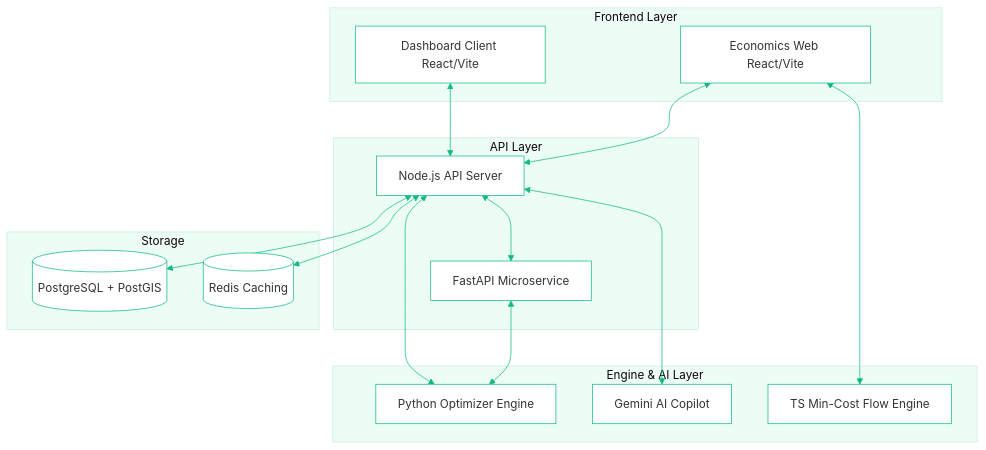
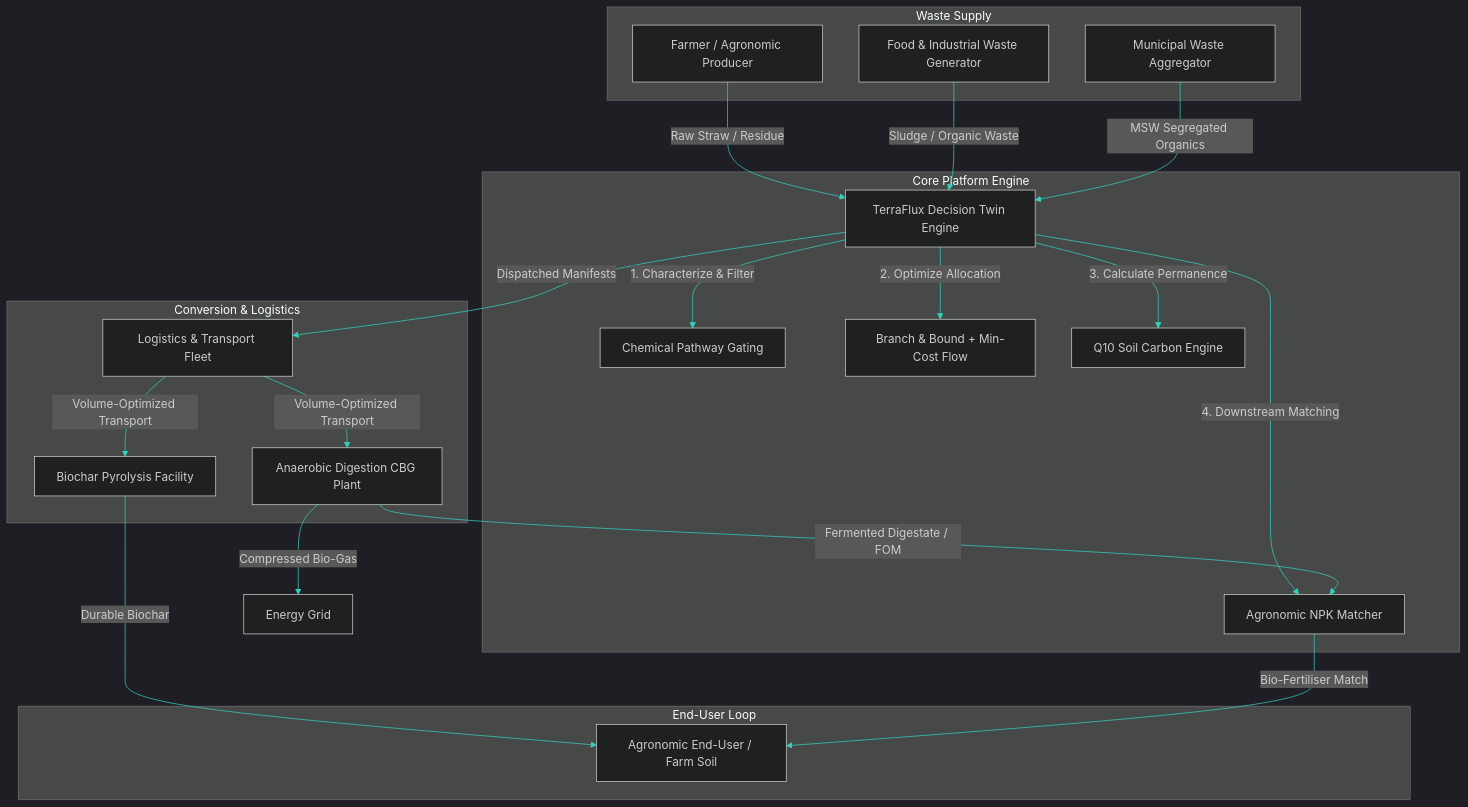
The first of 4 diagrams in README.md (GalacticVraj/APSV), drawn with Mermaid before and after one commit. The commit also changed other lines of this file, not shown here.

Commit message:
docs: update master cinematic technical README for TerraFlux

````diff
--- a/README.md
+++ b/README.md
@@ -30,34 +107,40 @@
 ```mermaid
-%%{init: {'theme': 'base', 'themeVariables': { 'primaryColor': '#ffffff', 'primaryTextColor': '#333333', 'primaryBorderColor': '#10b981', 'lineColor': '#10b981', 'secondaryColor': '#d1fae5', 'tertiaryColor': '#ecfdf5', 'fontFamily': 'sans-serif'}}}%%
+%%{init: {'theme': 'dark', 'themeVariables': { 'primaryColor': '#10b981', 'primaryTextColor': '#ffffff', 'primaryBorderColor': '#059669', 'lineColor': '#34d1bf', 'tertiaryColor': '#1f2937'}}}%%
 graph TD
-    subgraph Frontend Layer
-        D[Dashboard Client React/Vite]
-        E[Economics Web React/Vite]
-    end
-    
-    subgraph API Layer
-        N[Node.js API Server]
-        F[FastAPI Microservice]
-    end
-    
-    subgraph Engine & AI Layer
-        O[Python Optimizer Engine]
-        A[Gemini AI Copilot]
-        T[TS Min-Cost Flow Engine]
-    end
-    
-    subgraph Storage
-        P[(PostgreSQL + PostGIS)]
-        R[(Redis Caching)]
+    subgraph Waste Supply
+        F[Farmer / Agronomic Producer]
+        I[Food & Industrial Waste Generator]
+        M[Municipal Waste Aggregator]
     end
 
-    D <--> N
-    E <--> N
-    N <--> P
-    N <--> R
-    N <--> F
-    N <--> O
-    F <--> O
-    E <--> T
-    N <--> A
+    subgraph Core Platform Engine
+        TE[TerraFlux Decision Twin Engine]
+        TE -->|1. Characterize & Filter| CF[Chemical Pathway Gating]
+        TE -->|2. Optimize Allocation| MO[Branch & Bound + Min-Cost Flow]
+        TE -->|3. Calculate Permanence| CE[Q10 Soil Carbon Engine]
+        TE -->|4. Downstream Matching| DM[Agronomic NPK Matcher]
+    end
+
+    subgraph Conversion & Logistics
+        L[Logistics & Transport Fleet]
+        BC[Biochar Pyrolysis Facility]
+        AD[Anaerobic Digestion CBG Plant]
+    end
+
+    subgraph End-User Loop
+        EU[Agronomic End-User / Farm Soil]
+    end
+
+    F -->|Raw Straw / Residue| TE
+    I -->|Sludge / Organic Waste| TE
+    M -->|MSW Segregated Organics| TE
+
+    TE -->|Dispatched Manifests| L
+    L -->|Volume-Optimized Transport| BC
+    L -->|Volume-Optimized Transport| AD
+
+    BC -->|Durable Biochar| EU
+    AD -->|Compressed Bio-Gas| G[Energy Grid]
+    AD -->|Fermented Digestate / FOM| DM
+    DM -->|Bio-Fertiliser Match| EU
 ```
````
